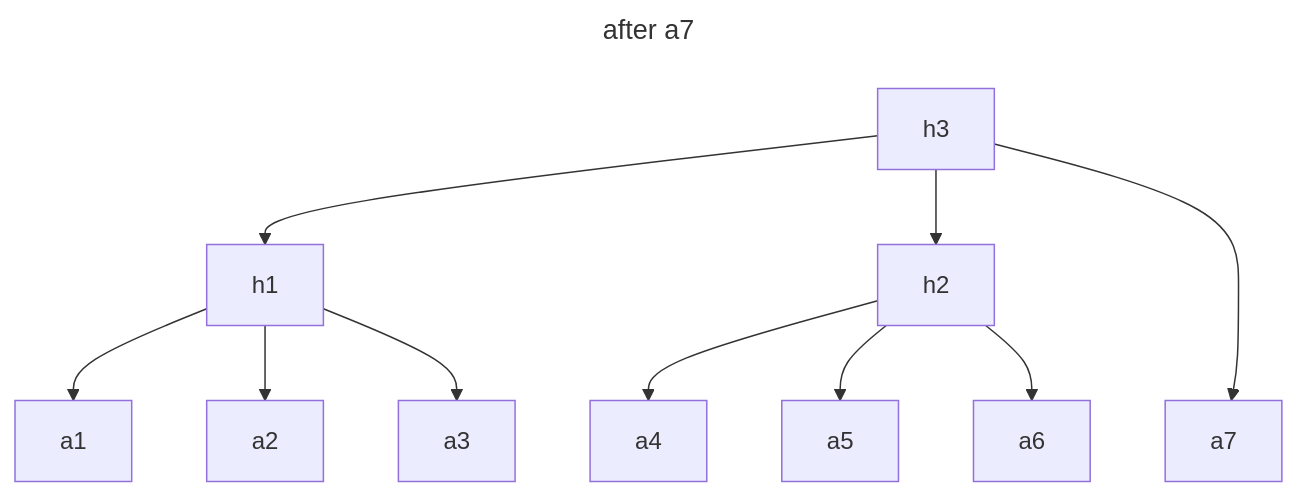
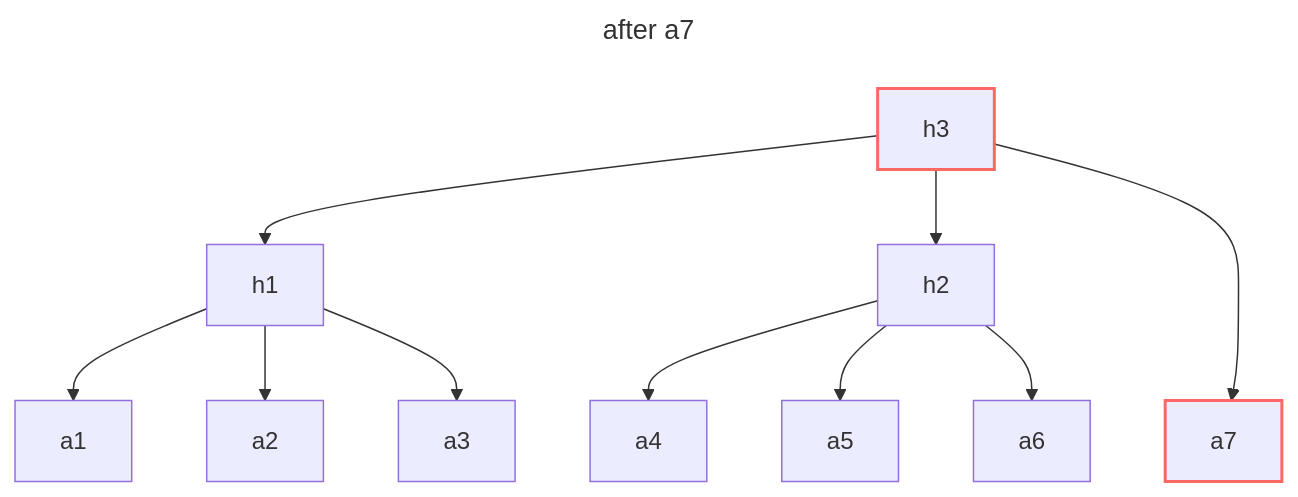
Before and after one commit to Robert-MacWha/efficient-inclusion-proofs: the sixth of 6 diagrams in README.md, drawn with Mermaid. The commit also changed other lines of this file, not shown here.

````diff
--- a/README.md
+++ b/README.md
@@ -89,16 +100,18 @@
 ```mermaid
 ---
 title: after a7
 ---
 flowchart TD
     h1 --> a1
     h1 --> a2
     h1 --> a3
     h2 --> a4
     h2 --> a5
     h2 --> a6
     h3 --> h1
     h3 --> h2
     h3 --> a7
     h2 ~~~ a7
+    classDef changed stroke:#f66,stroke-width:2px
+    class a7,h3 changed
 ```
````
